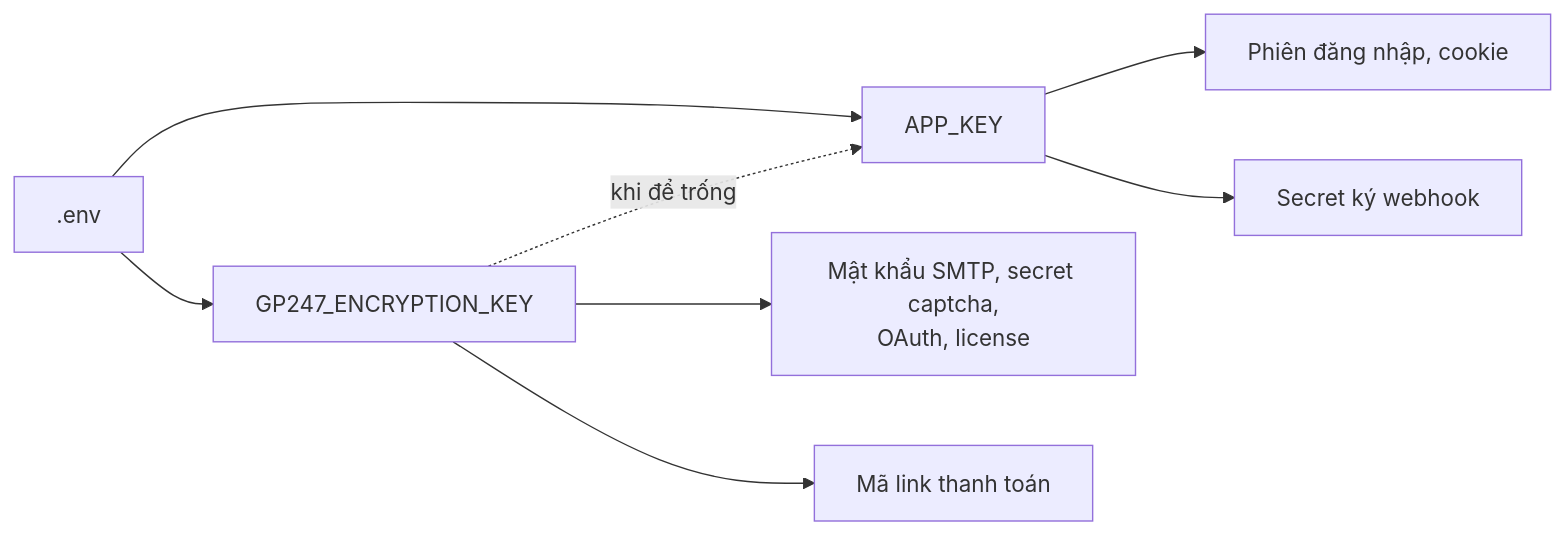
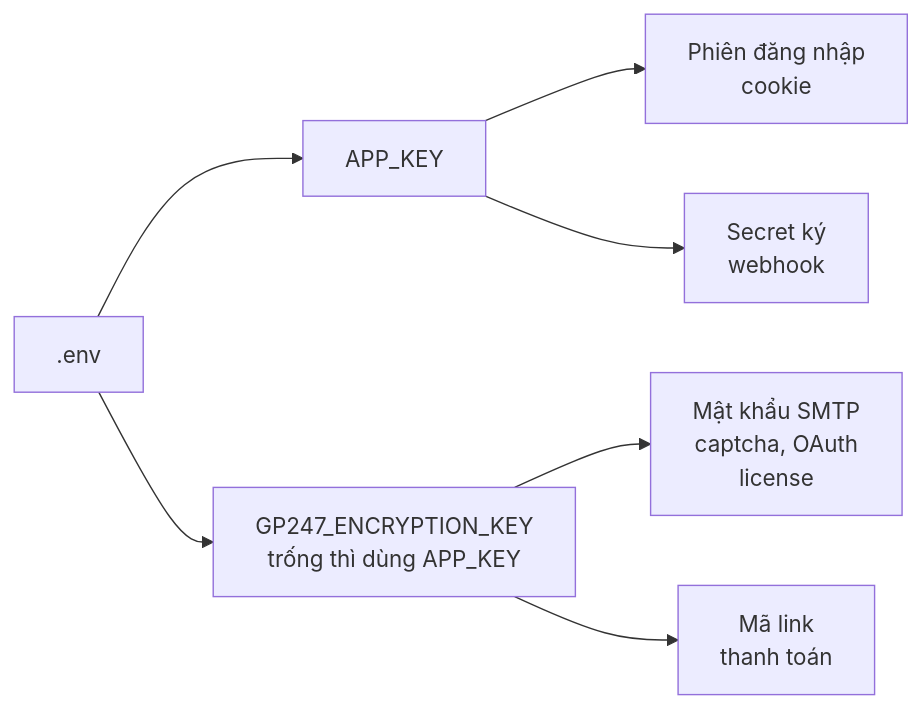
The diagram in security/security-keys-and-backup_vi.md (gp247net/gp247-docs), drawn with Mermaid before and after one commit. The commit also changed 44 other files, not shown here.

First line of the commit message:
docs: redraw oversized diagrams in security, API and MCP docs (vi/en/ja)

````diff
--- a/security/security-keys-and-backup_vi.md
+++ b/security/security-keys-and-backup_vi.md
@@ -18,10 +18,9 @@
 ```mermaid
 flowchart LR
     E[".env"] --> K1["APP_KEY"]
-    E --> K2["GP247_ENCRYPTION_KEY"]
-    K1 --> A1["Phiên đăng nhập, cookie"]
-    K1 --> A3["Secret ký webhook"]
-    K2 --> B1["Mật khẩu SMTP, secret captcha,<br/>OAuth, license"]
-    K2 --> B2["Mã link thanh toán"]
-    K2 -.->|"khi để trống"| K1
+    E --> K2["GP247_ENCRYPTION_KEY<br/>trống thì dùng APP_KEY"]
+    K1 --> A1["Phiên đăng nhập<br/>cookie"]
+    K1 --> A3["Secret ký<br/>webhook"]
+    K2 --> B1["Mật khẩu SMTP<br/>captcha, OAuth<br/>license"]
+    K2 --> B2["Mã link<br/>thanh toán"]
 ```
````
